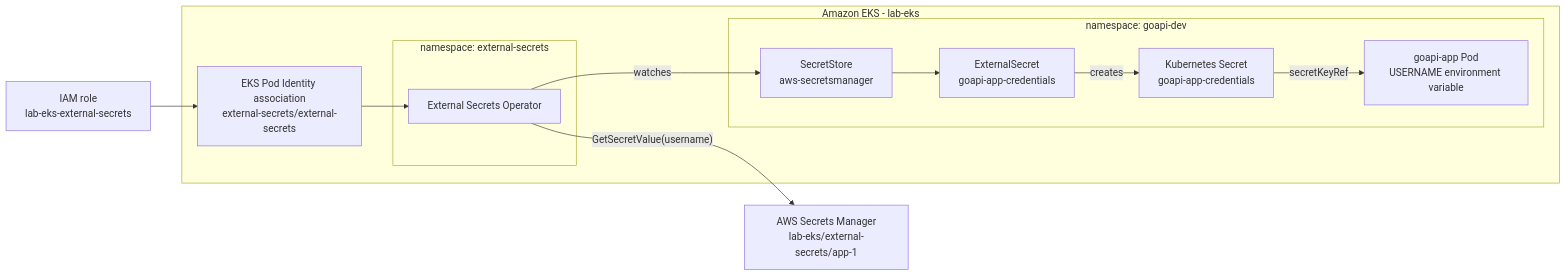
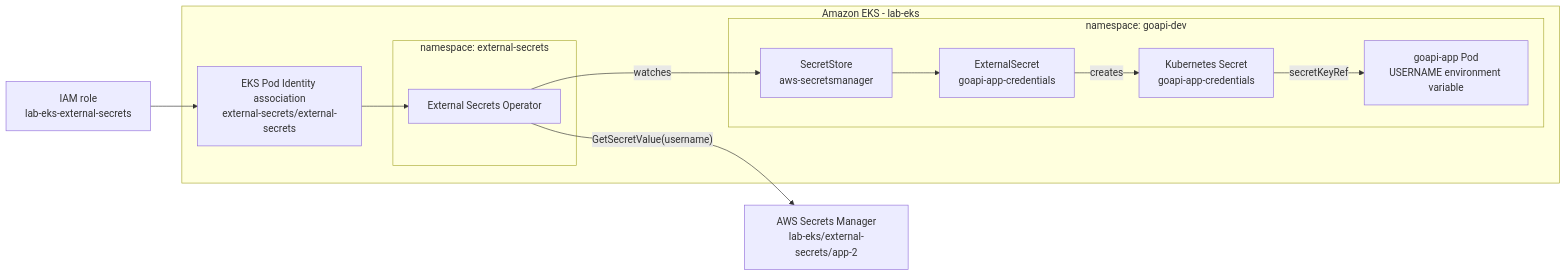
Before and after one commit to unedtamps/aws: the third of 7 diagrams in aws_kube/k8s/README.md, drawn with Mermaid. The commit also changed other lines of this file and 5 other files, not shown here.

````diff
--- a/aws_kube/k8s/README.md
+++ b/aws_kube/k8s/README.md
@@ -251,28 +251,28 @@
 ```mermaid
 flowchart LR
-    awsSecret["AWS Secrets Manager<br/>lab-eks/external-secrets/app-1"]
+    awsSecret["AWS Secrets Manager<br/>lab-eks/external-secrets/app-2"]
     iam["IAM role<br/>lab-eks-external-secrets"]
 
     subgraph eks["Amazon EKS - lab-eks"]
         association["EKS Pod Identity association<br/>external-secrets/external-secrets"]
 
         subgraph esoNs["namespace: external-secrets"]
             eso["External Secrets Operator"]
         end
 
         subgraph devNs["namespace: goapi-dev"]
             store["SecretStore<br/>aws-secretsmanager"]
             externalSecret["ExternalSecret<br/>goapi-app-credentials"]
             k8sSecret["Kubernetes Secret<br/>goapi-app-credentials"]
             api["goapi-app Pod<br/>USERNAME environment variable"]
         end
     end
 
     iam --> association
     association --> eso
     eso -->|"GetSecretValue(username)"| awsSecret
     eso -->|"watches"| store
     store --> externalSecret
     externalSecret -->|"creates"| k8sSecret
     k8sSecret -->|"secretKeyRef"| api
 ```
````
